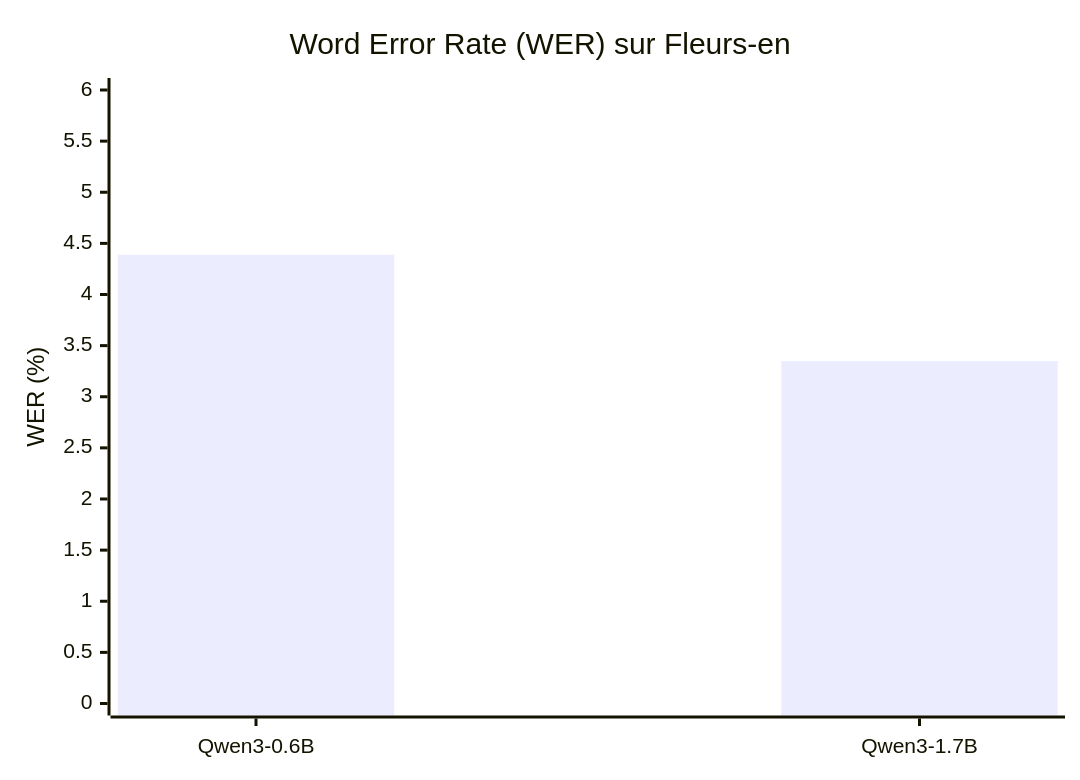
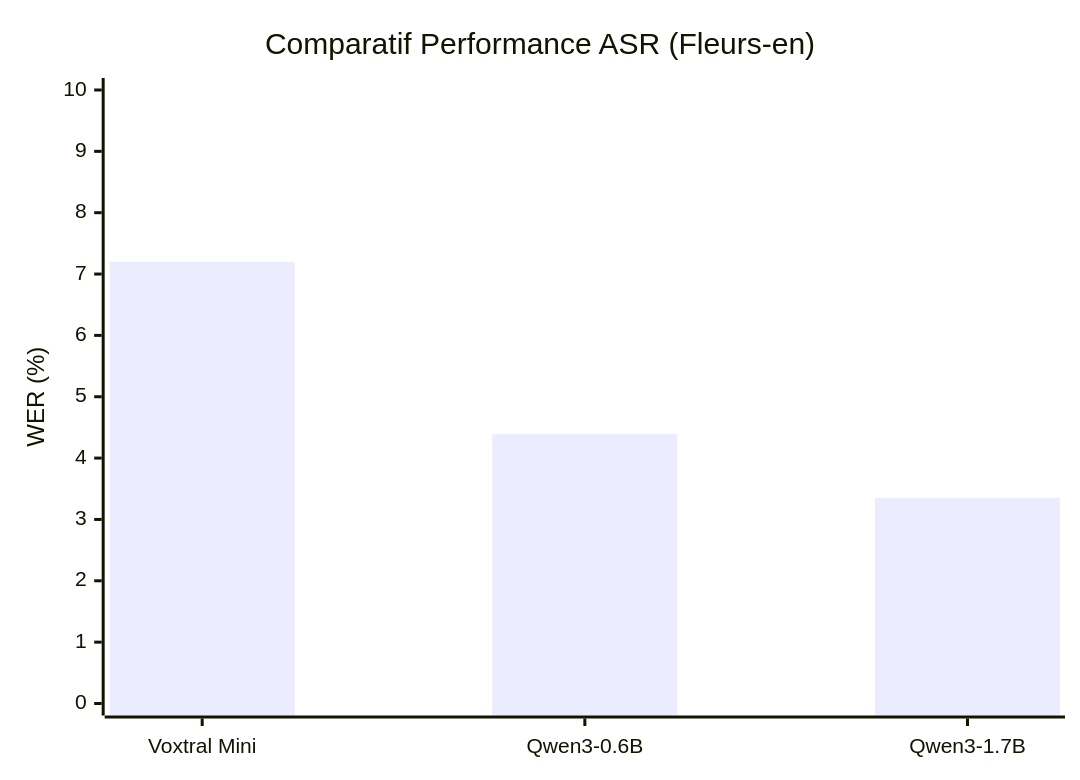
One commit to EthanCarollo/awabot-innovation changed the second of 2 diagrams in website/content/cdc.md. Above: the diagram before and after it, drawn with Mermaid. The commit also changed other lines of this file, not shown here.

````diff
--- a/website/content/cdc.md
+++ b/website/content/cdc.md
@@ -153,7 +136,7 @@
 ```mermaid
 xychart-beta
-    title "Word Error Rate (WER) sur Fleurs-en"
-    x-axis ["Qwen3-0.6B", "Qwen3-1.7B"]
-    y-axis "WER (%)" 0 --> 6
-    bar [4.39, 3.35]
+    title "Comparatif Performance ASR (Fleurs-en)"
+    x-axis ["Voxtral Mini", "Qwen3-0.6B", "Qwen3-1.7B"]
+    y-axis "WER (%)" 0 --> 10
+    bar [7.2, 4.39, 3.35]
 ```
````
